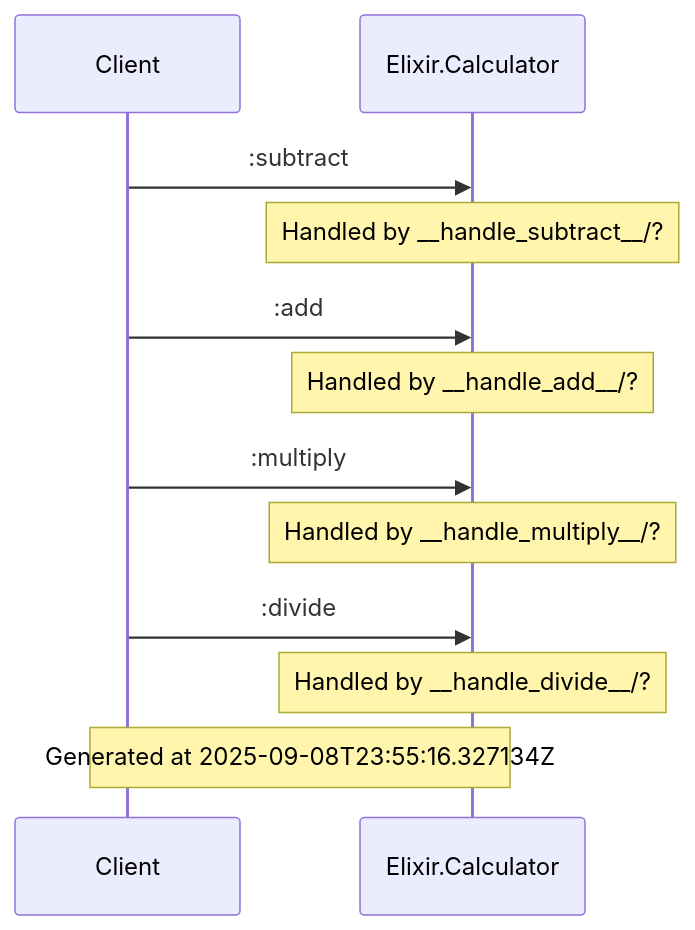
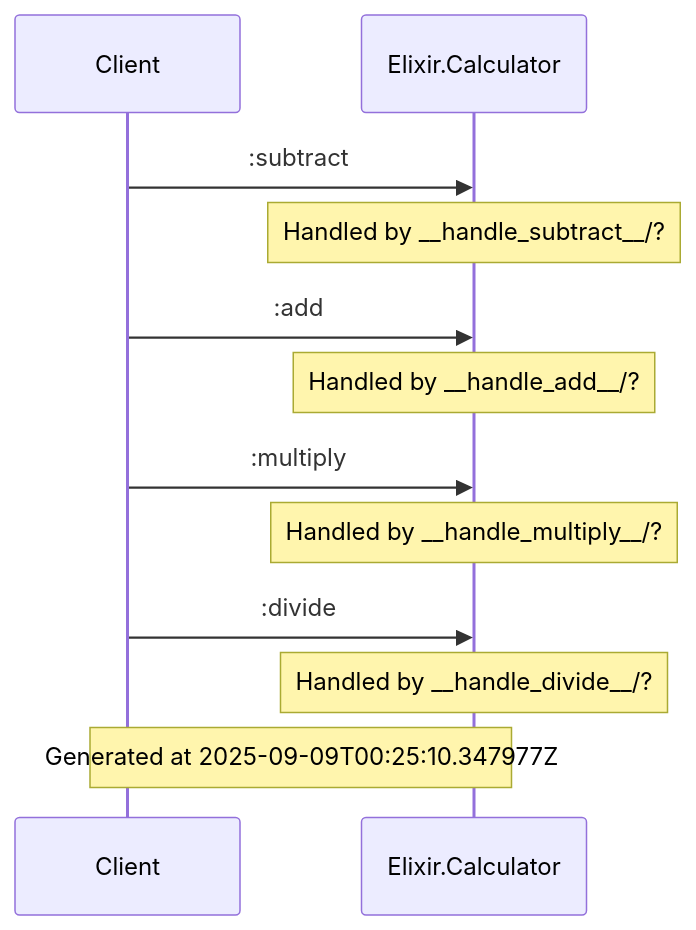
Before and after one commit to anoma/engine: the diagram in docs/diagrams/Elixir.Calculator.md, drawn with Mermaid. The commit also changed other lines of this file and 27 other files, not shown here.

````diff
--- a/docs/diagrams/Elixir.Calculator.md
+++ b/docs/diagrams/Elixir.Calculator.md
@@ -5,16 +5,16 @@
 ```mermaid
 sequenceDiagram
     participant Client
     participant Elixir.Examples.CalculatorEngine as Elixir.Calculator
     Client->>Elixir.Examples.CalculatorEngine: :subtract
     Note over Elixir.Examples.CalculatorEngine: Handled by __handle_subtract__/?
     Client->>Elixir.Examples.CalculatorEngine: :add
     Note over Elixir.Examples.CalculatorEngine: Handled by __handle_add__/?
     Client->>Elixir.Examples.CalculatorEngine: :multiply
     Note over Elixir.Examples.CalculatorEngine: Handled by __handle_multiply__/?
     Client->>Elixir.Examples.CalculatorEngine: :divide
     Note over Elixir.Examples.CalculatorEngine: Handled by __handle_divide__/?
 
-Note over Client, Elixir.Examples.CalculatorEngine: Generated at 2025-09-08T23:55:16.327134Z
+Note over Client, Elixir.Examples.CalculatorEngine: Generated at 2025-09-09T00:25:10.347977Z
 
 ```
````
